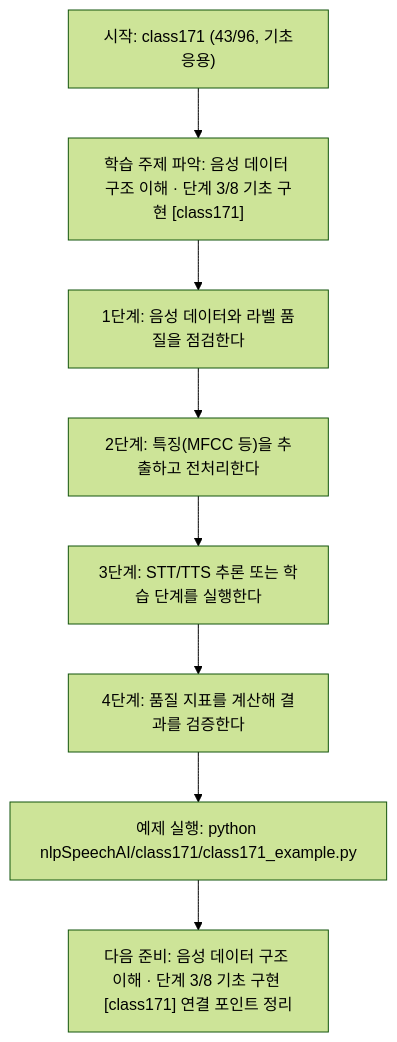
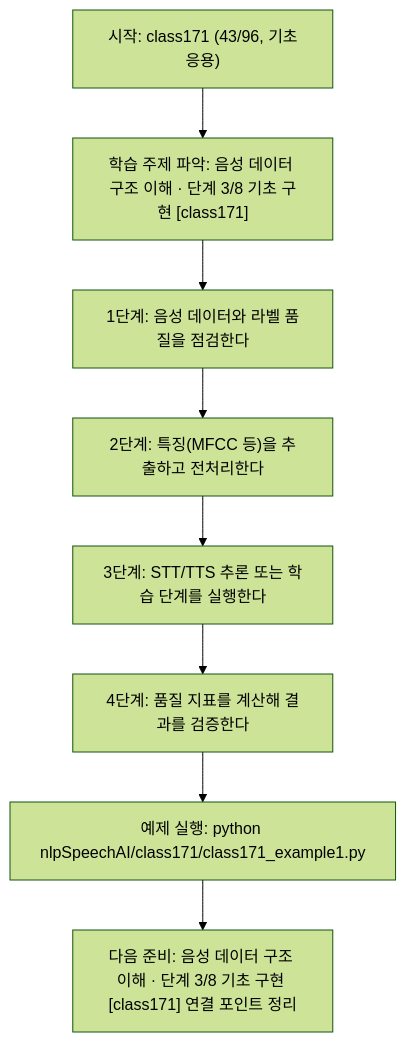
Before and after one commit to edumgt/Python-AI_Agent-Class: the diagram in nlpSpeechAI/class171/class171.md, drawn with Mermaid (forest theme). The commit also changed other lines of this file and 2959 other files, not shown here.

````diff
--- a/nlpSpeechAI/class171/class171.md
+++ b/nlpSpeechAI/class171/class171.md
@@ -115,18 +115,18 @@
 ```mermaid
 flowchart TD
 N1["시작: class171 (43/96, 기초응용)"]
 N2["학습 주제 파악: 음성 데이터 구조 이해 · 단계 3/8 기초 구현 [class171]"]
 N3["1단계: 음성 데이터와 라벨 품질을 점검한다"]
 N4["2단계: 특징(MFCC 등)을 추출하고 전처리한다"]
 N5["3단계: STT/TTS 추론 또는 학습 단계를 실행한다"]
 N6["4단계: 품질 지표를 계산해 결과를 검증한다"]
-N7["예제 실행: python nlpSpeechAI/class171/class171_example.py"]
+N7["예제 실행: python nlpSpeechAI/class171/class171_example1.py"]
 N8["다음 준비: 음성 데이터 구조 이해 · 단계 3/8 기초 구현 [class171] 연결 포인트 정리"]
 N1 --> N2
 N2 --> N3
 N3 --> N4
 N4 --> N5
 N5 --> N6
 N6 --> N7
 N7 --> N8
 ```
````
